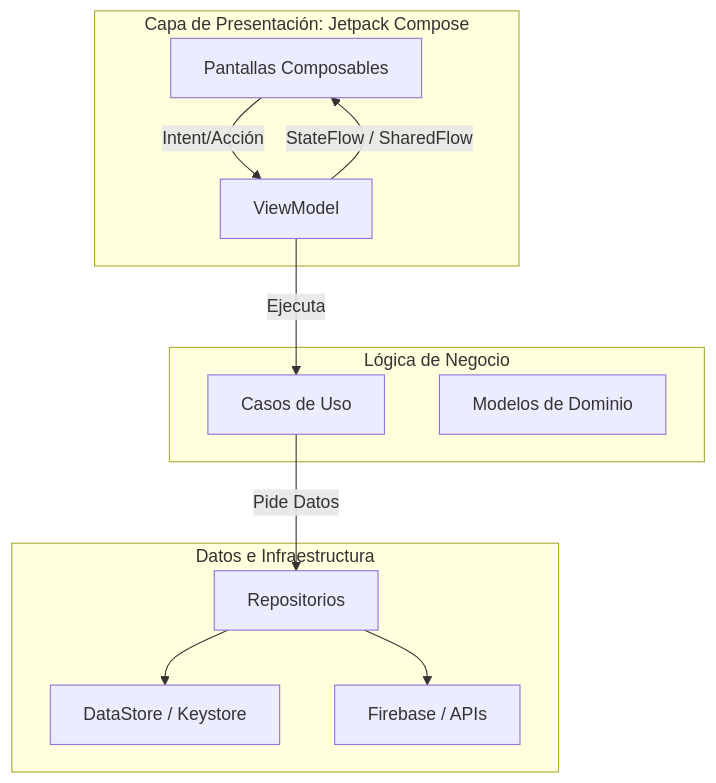
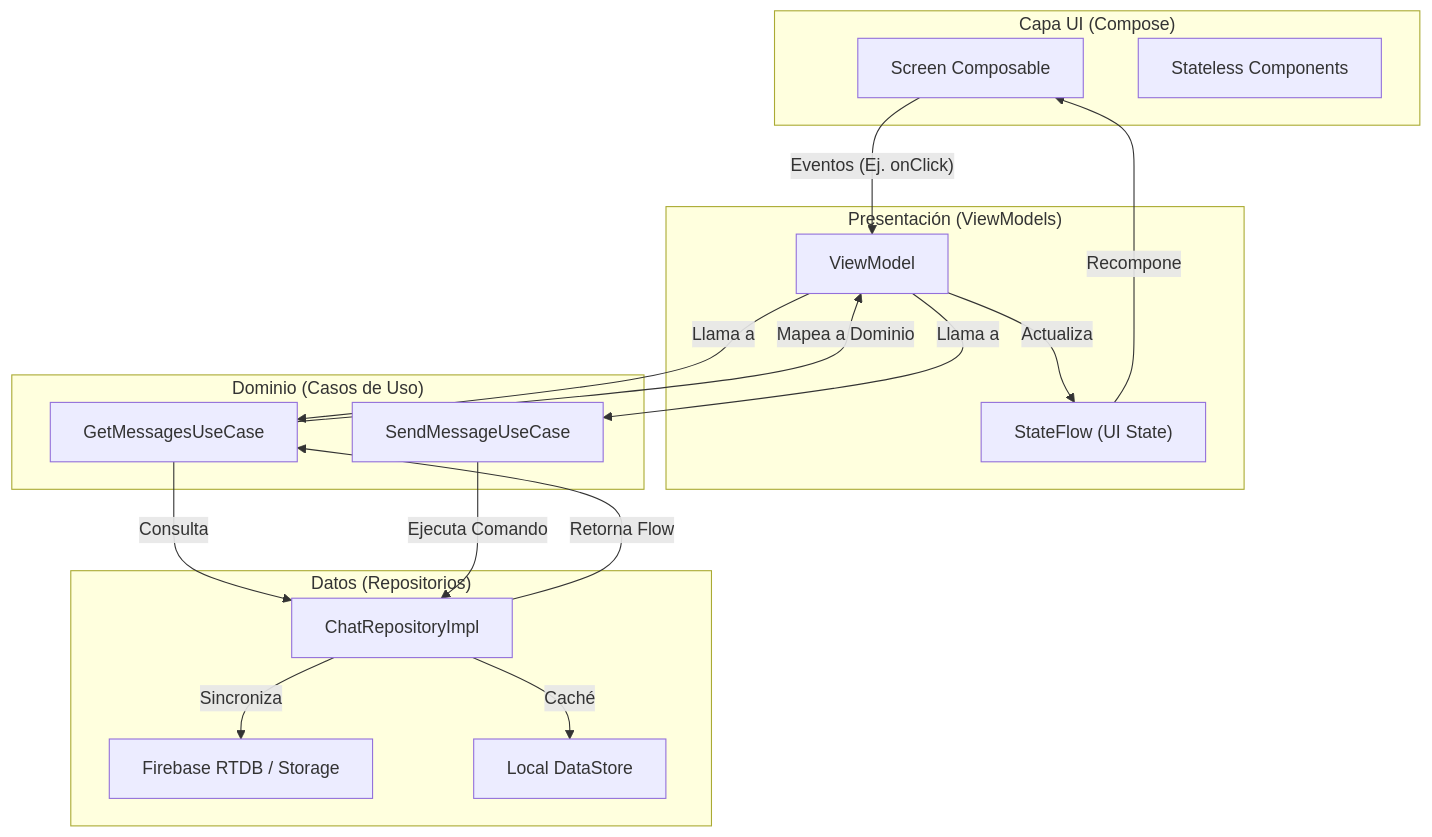
Before and after one commit to Azelmods677/NexusChat: the first of 3 diagrams in README.md, drawn with Mermaid. The commit also changed other lines of this file, not shown here.

Commit message:
docs: Enterprise overhaul of README with deep architectural insights

````diff
--- a/README.md
+++ b/README.md
@@ -78,25 +64,35 @@
 ```mermaid
 graph TD
-    subgraph UILayer ["Capa de Presentación: Jetpack Compose"]
-        Screen["Pantallas Composables"]
-        VM["ViewModel"]
+    subgraph UI_Layer ["Capa UI (Compose)"]
+        Screen["Screen Composable"]
+        Components["Stateless Components"]
     end
 
-    subgraph DomainLayer ["Lógica de Negocio"]
-        UseCase["Casos de Uso"]
-        Model["Modelos de Dominio"]
+    subgraph Presentation_Layer ["Presentación (ViewModels)"]
+        VM["ViewModel"]
+        State["StateFlow (UI State)"]
     end
 
-    subgraph DataLayer ["Datos e Infraestructura"]
-        Repo["Repositorios"]
-        Local["DataStore / Keystore"]
-        Remote["Firebase / APIs"]
+    subgraph Domain_Layer ["Dominio (Casos de Uso)"]
+        UC1["GetMessagesUseCase"]
+        UC2["SendMessageUseCase"]
     end
 
-    Screen -->|"Intent/Acción"| VM
-    VM -->|"StateFlow / SharedFlow"| Screen
-    VM -->|"Ejecuta"| UseCase
-    UseCase -->|"Pide Datos"| Repo
-    Repo --> Local
-    Repo --> Remote
+    subgraph Data_Layer ["Datos (Repositorios)"]
+        Repo["ChatRepositoryImpl"]
+        Firebase["Firebase RTDB / Storage"]
+        Room["Local DataStore"]
+    end
+
+    Screen -- "Eventos (Ej. onClick)" --> VM
+    VM -- "Llama a" --> UC1
+    VM -- "Llama a" --> UC2
+    UC1 -- "Consulta" --> Repo
+    UC2 -- "Ejecuta Comando" --> Repo
+    Repo -- "Sincroniza" --> Firebase
+    Repo -- "Caché" --> Room
+    Repo -- "Retorna Flow<Data>" --> UC1
+    UC1 -- "Mapea a Dominio" --> VM
+    VM -- "Actualiza" --> State
+    State -- "Recompone" --> Screen
 ```
````
